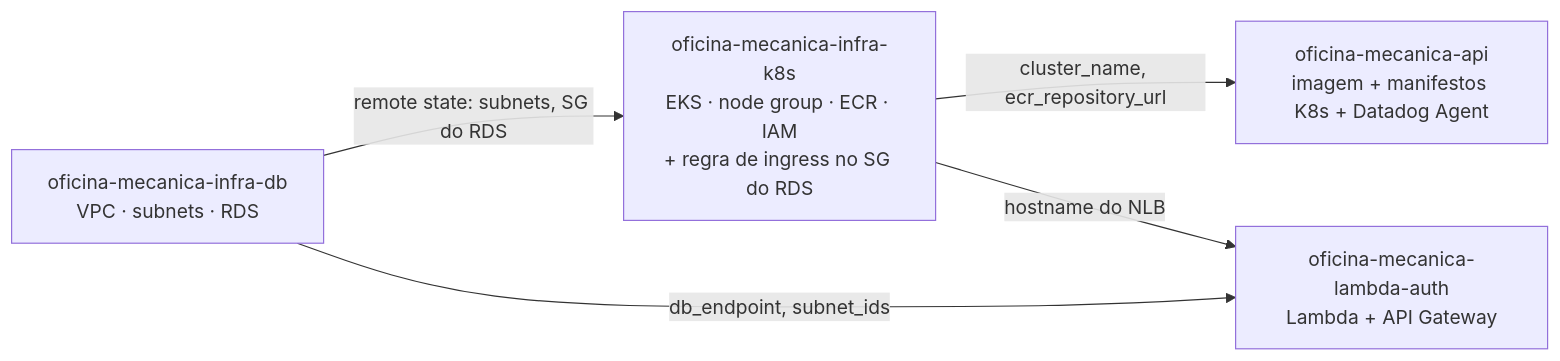
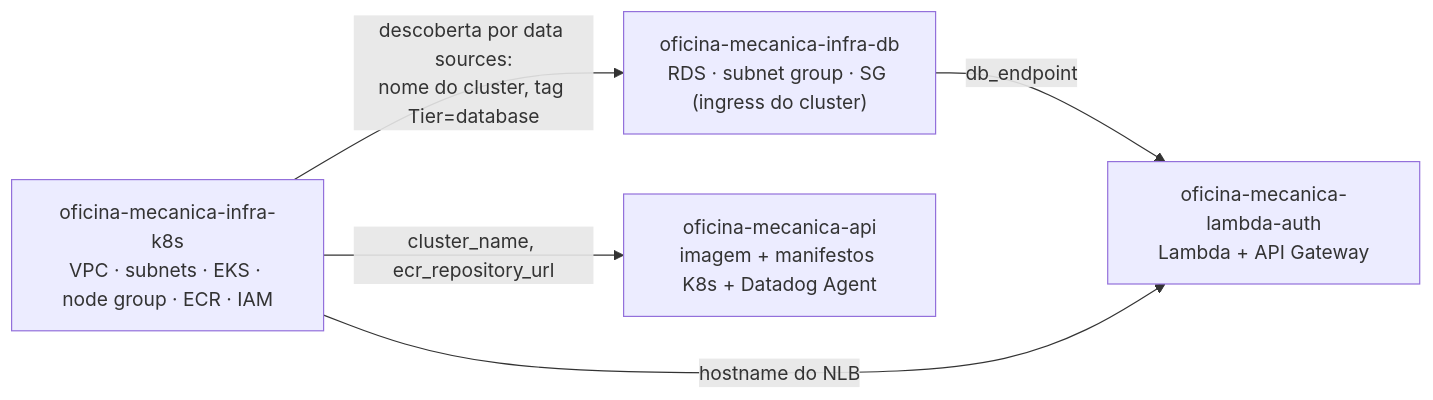
Before and after one commit to 32SOAT/oficina-mecanica-api: the fifth of 5 diagrams in docs/architecture/componentes.md, drawn with Mermaid. The commit also changed other lines of this file and 5 other files, not shown here.

Commit message:
docs: adr 007 - terraform do banco com descoberta via data sources

````diff
--- a/docs/architecture/componentes.md
+++ b/docs/architecture/componentes.md
@@ -280,12 +280,12 @@
 ```mermaid
 flowchart LR
-  R4["oficina-mecanica-infra-db<br/>VPC · subnets · RDS"]
-  R3["oficina-mecanica-infra-k8s<br/>EKS · node group · ECR · IAM<br/>+ regra de ingress no SG do RDS"]
+  R3["oficina-mecanica-infra-k8s<br/>VPC · subnets · EKS · node group · ECR · IAM"]
+  R4["oficina-mecanica-infra-db<br/>RDS · subnet group · SG (ingress do cluster)"]
   R1["oficina-mecanica-api<br/>imagem + manifestos K8s + Datadog Agent"]
   R2["oficina-mecanica-lambda-auth<br/>Lambda + API Gateway"]
 
-  R4 -->|"remote state: subnets, SG do RDS"| R3
+  R3 -->|"descoberta por data sources:<br/>nome do cluster, tag Tier=database"| R4
   R3 -->|"cluster_name, ecr_repository_url"| R1
-  R4 -->|"db_endpoint, subnet_ids"| R2
+  R4 -->|"db_endpoint"| R2
   R3 -->|"hostname do NLB"| R2
 ```
````
